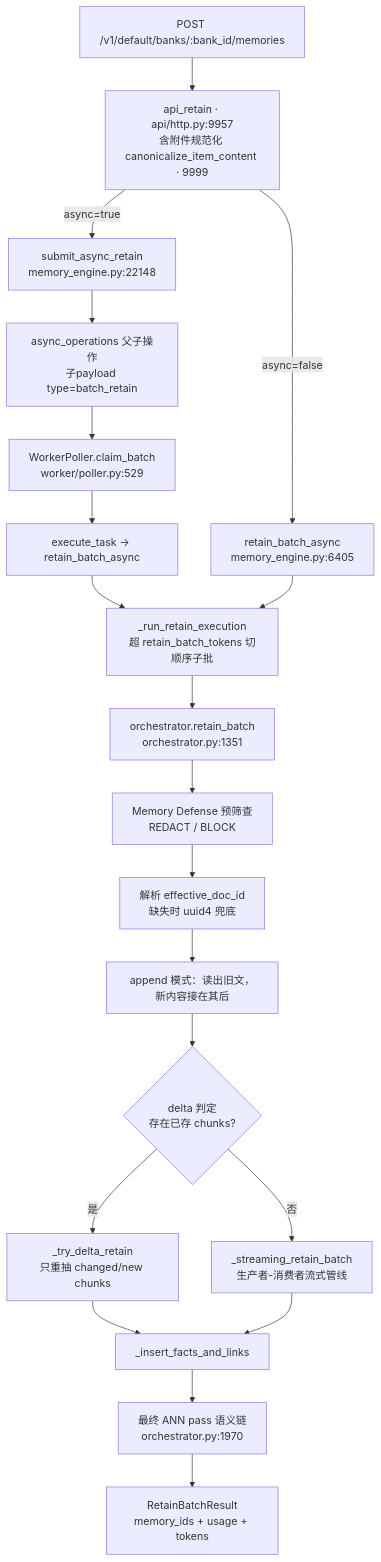
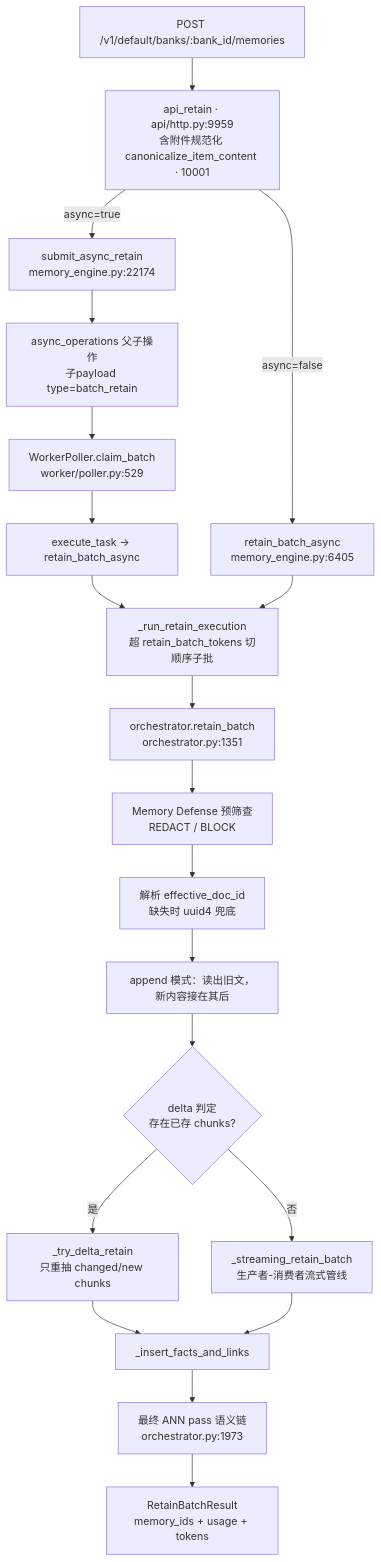
The first of 3 diagrams in docs/hindsight/source-study/02-retain-摄取管线.md (stefanv5/memory-platform-architecture), drawn with Mermaid before and after one commit. The commit also changed other lines of this file and 8 other files, not shown here.

````diff
--- a/docs/hindsight/source-study/02-retain-摄取管线.md
+++ b/docs/hindsight/source-study/02-retain-摄取管线.md
@@ -62,22 +62,22 @@
 ```mermaid
 flowchart TD
-    REQ["POST /v1/default/banks/:bank_id/memories"] --> ROUTE["api_retain · api/http.py:9957<br/>含附件规范化 canonicalize_item_content · 9999"]
-    ROUTE -->|"async=true"| SUBMIT["submit_async_retain<br/>memory_engine.py:22148"]
+    REQ["POST /v1/default/banks/:bank_id/memories"] --> ROUTE["api_retain · api/http.py:9959<br/>含附件规范化 canonicalize_item_content · 10001"]
+    ROUTE -->|"async=true"| SUBMIT["submit_async_retain<br/>memory_engine.py:22174"]
     ROUTE -->|"async=false"| SYNC["retain_batch_async<br/>memory_engine.py:6405"]
     SUBMIT --> OPS["async_operations 父子操作<br/>子payload type=batch_retain"]
     OPS --> POLL["WorkerPoller.claim_batch<br/>worker/poller.py:529"]
     POLL --> EXEC["execute_task → retain_batch_async"]
     EXEC --> SPLIT
     SYNC --> SPLIT["_run_retain_execution<br/>超 retain_batch_tokens 切顺序子批"]
     SPLIT --> ORCH["orchestrator.retain_batch<br/>orchestrator.py:1351"]
     ORCH --> MD["Memory Defense 预筛查<br/>REDACT / BLOCK"]
     MD --> DOCID["解析 effective_doc_id<br/>缺失时 uuid4 兜底"]
     DOCID --> APPEND["append 模式：读出旧文，新内容接在其后"]
     APPEND --> DELTA{"delta 判定<br/>存在已存 chunks?"}
     DELTA -->|"是"| DPATH["_try_delta_retain<br/>只重抽 changed/new chunks"]
     DELTA -->|"否"| STREAM["_streaming_retain_batch<br/>生产者-消费者流式管线"]
     DPATH --> LK["_insert_facts_and_links"]
     STREAM --> LK
-    LK --> ANN["最终 ANN pass 语义链<br/>orchestrator.py:1970"]
+    LK --> ANN["最终 ANN pass 语义链<br/>orchestrator.py:1973"]
     ANN --> OUT["RetainBatchResult<br/>memory_ids + usage + tokens"]
 ```
````
